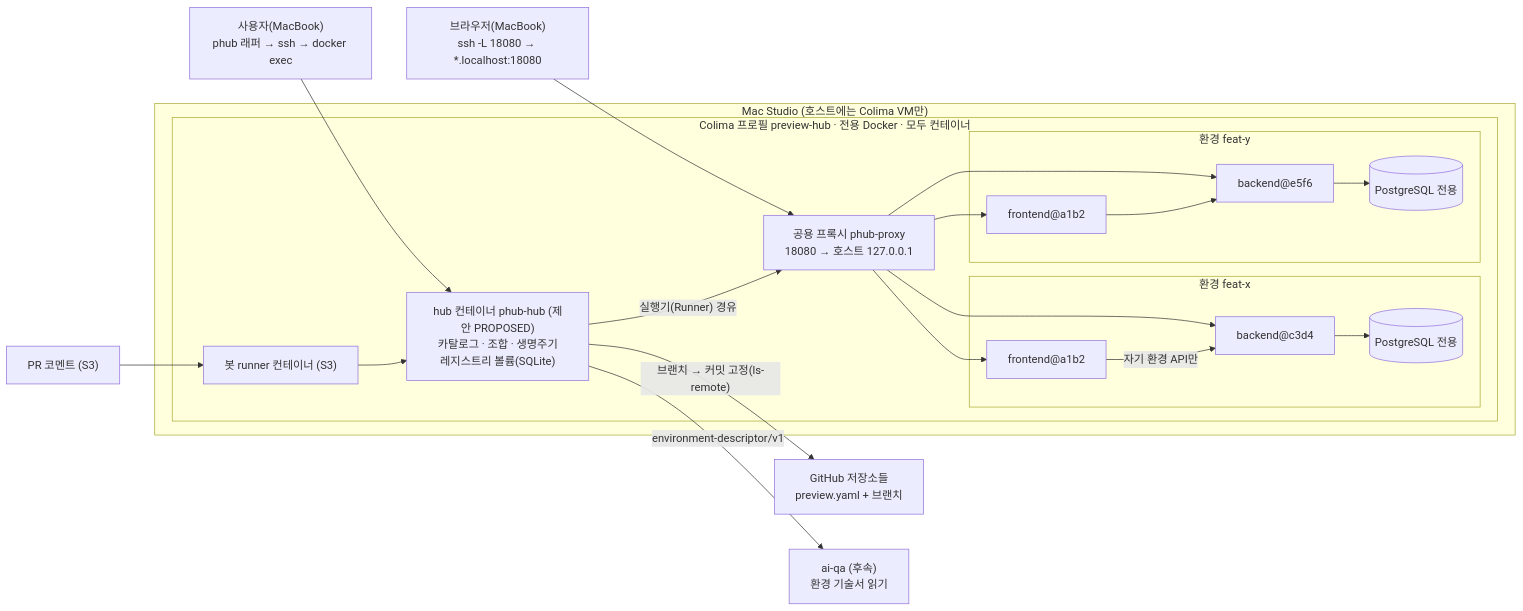
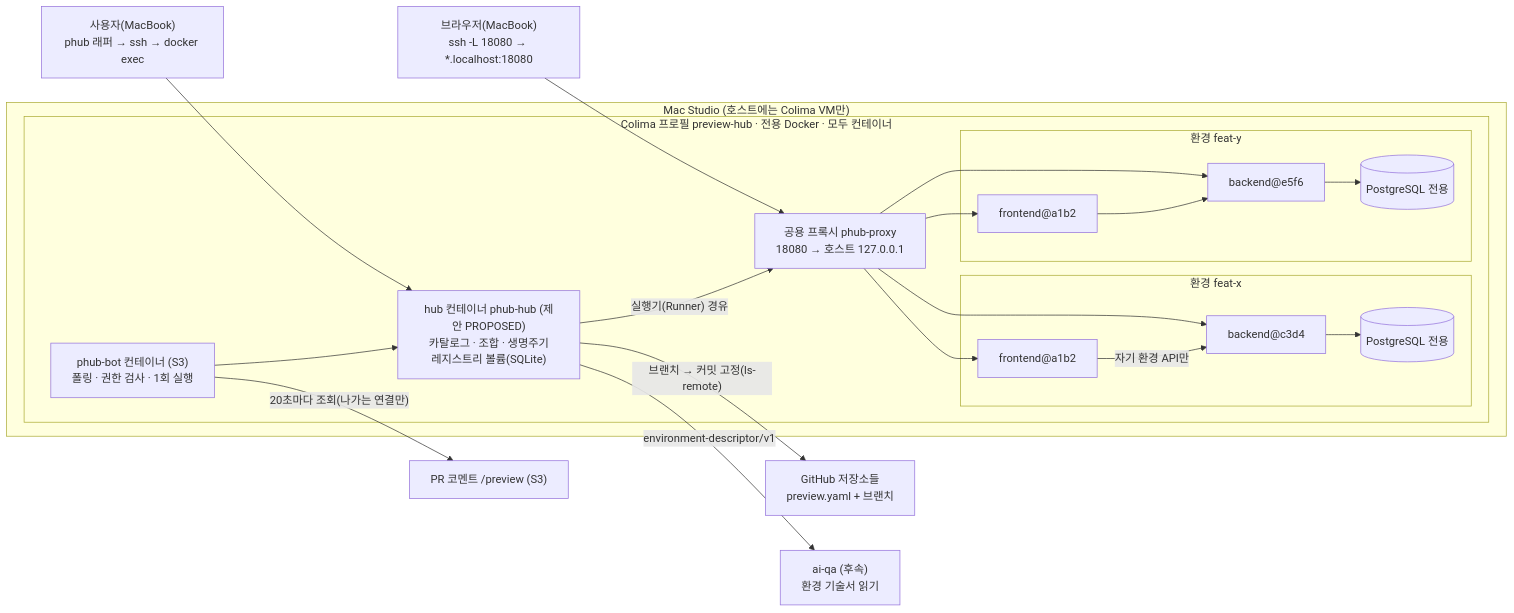
One commit to cafitac/preview-hub changed the first of 6 diagrams in .dev/features/20260929-preview-hub-v1/design/09-design-review.md. Above: the diagram before and after it, drawn with Mermaid. The commit also changed other lines of this file and 11 other files, not shown here.

````diff
--- a/.dev/features/20260929-preview-hub-v1/design/09-design-review.md
+++ b/.dev/features/20260929-preview-hub-v1/design/09-design-review.md
@@ -21,32 +21,33 @@
 ```mermaid
 flowchart LR
     U["사용자(MacBook)<br/>phub 래퍼 → ssh → docker exec"] --> HUB
     B["브라우저(MacBook)<br/>ssh -L 18080 → *.localhost:18080"] --> PX
-    PR["PR 코멘트 (S3)"] --> BOT
+    PR["PR 코멘트 /preview (S3)"]
+    BOT -->|"20초마다 조회(나가는 연결만)"| PR
     subgraph MS["Mac Studio (호스트에는 Colima VM만)"]
         subgraph VM["Colima 프로필 preview-hub · 전용 Docker · 모두 컨테이너"]
             HUB["hub 컨테이너 phub-hub (제안 PROPOSED)<br/>카탈로그 · 조합 · 생명주기<br/>레지스트리 볼륨(SQLite)"]
-            BOT["봇 runner 컨테이너 (S3)"]
+            BOT["phub-bot 컨테이너 (S3)<br/>폴링 · 권한 검사 · 1회 실행"]
             PX["공용 프록시 phub-proxy<br/>18080 → 호스트 127.0.0.1"]
             subgraph E1["환경 feat-x"]
                 FE1["frontend@a1b2"]
                 BE1["backend@c3d4"]
                 DB1[("PostgreSQL 전용")]
             end
             subgraph E2["환경 feat-y"]
                 FE2["frontend@a1b2"]
                 BE2["backend@e5f6"]
                 DB2[("PostgreSQL 전용")]
             end
         end
     end
     GH["GitHub 저장소들<br/>preview.yaml + 브랜치"]
     AIQA["ai-qa (후속)<br/>환경 기술서 읽기"]
     HUB -->|"브랜치 → 커밋 고정(ls-remote)"| GH
     HUB -->|"실행기(Runner) 경유"| PX
     BOT --> HUB
     PX --> FE1 & BE1 & FE2 & BE2
     FE1 -->|"자기 환경 API만"| BE1 --> DB1
     FE2 --> BE2 --> DB2
     HUB -->|"environment-descriptor/v1"| AIQA
 ```
````
